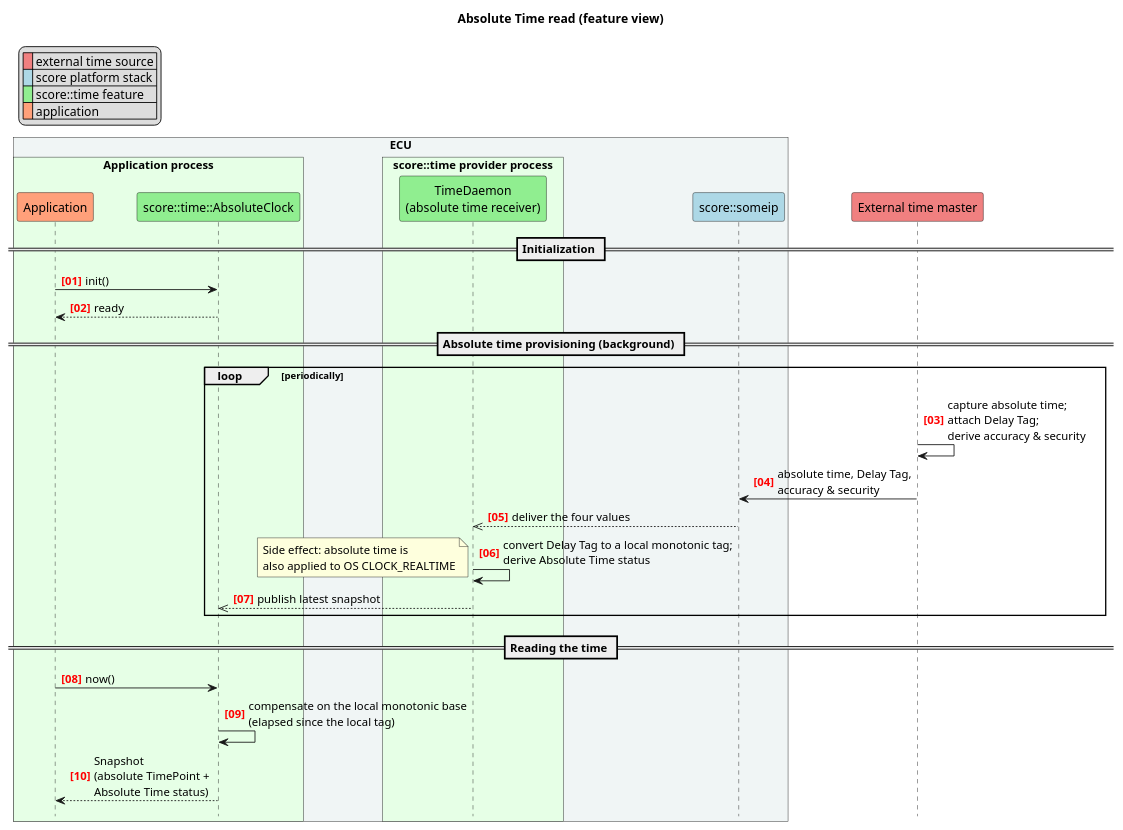
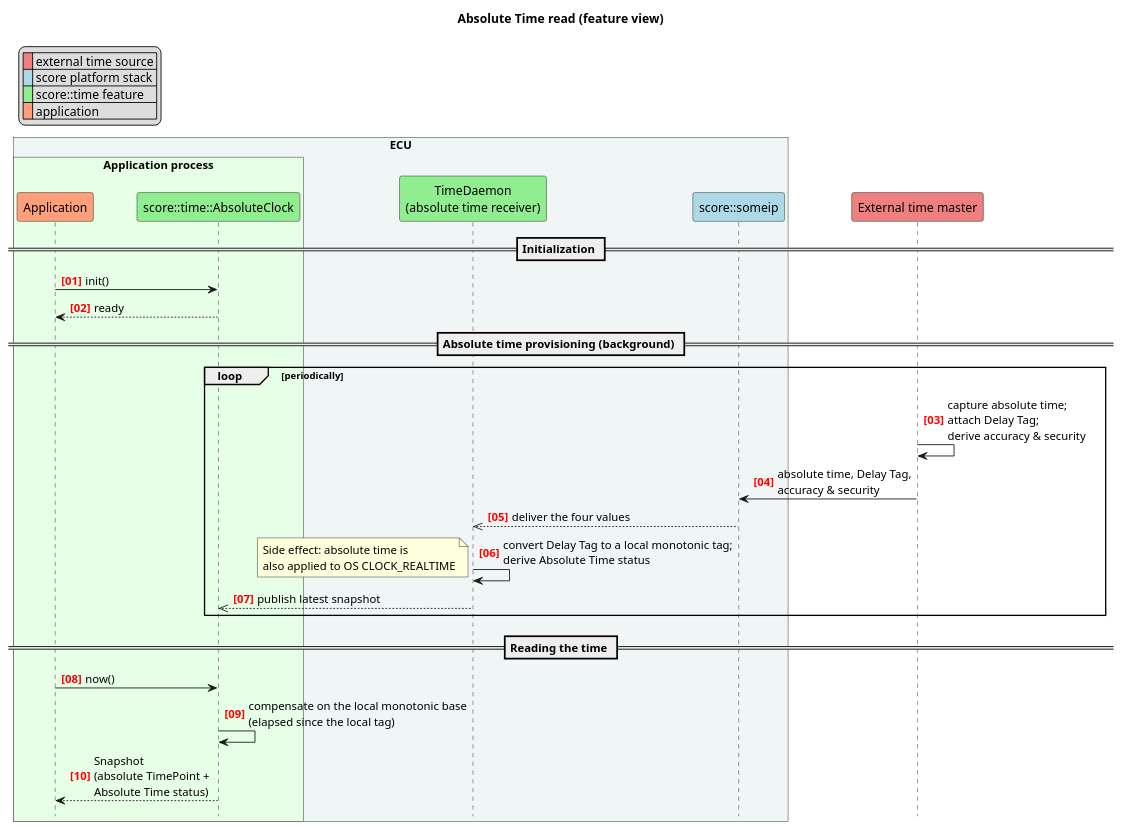
The diagram in docs/features/architecture/_assets/absolute_time_read_flow.puml (eclipse-score/time), drawn with PlantUML before and after one commit. The commit also changed 5 other files, not shown here.

```diff
--- a/docs/features/architecture/_assets/absolute_time_read_flow.puml
+++ b/docs/features/architecture/_assets/absolute_time_read_flow.puml
@@ -14,51 +14,49 @@
 @startuml
 
 hide footbox
 
 autonumber "<font color=red><b>[00]"
 
 title Absolute Time read (feature view)
 
 legend top left
 | <#LightCoral>  | external time source |
 | <#LightBlue>   | score platform stack |
 | <#LightGreen>  | score::time feature  |
 | <#LightSalmon> | application          |
 endlegend
 
 !pragma teoz true
 box "ECU" #f0f5f5
   box "Application process" #e6ffe6
     participant "Application"                   as app    #LightSalmon
     participant "score::time::AbsoluteClock" as ac     #LightGreen
   end box
-  box "score::time provider process" #e6ffe6
-    participant "TimeDaemon\n(absolute time receiver)" as recv   #LightGreen
-  end box
+  participant "TimeDaemon\n(absolute time receiver)" as recv   #LightGreen
   participant "score::someip" as someip #LightBlue
 end box
 participant "External time master" as master #LightCoral
 
 == Initialization ==
 app -> ac : init()
 ac --> app : ready
 
 == Absolute time provisioning (background) ==
 loop periodically
   master -> master : capture absolute time;\nattach Delay Tag;\nderive accuracy & security
   master -> someip : absolute time, Delay Tag,\naccuracy & security
   someip -->> recv : deliver the four values
   recv -> recv : convert Delay Tag to a local monotonic tag;\nderive Absolute Time status
   note left
     Side effect: absolute time is
     also applied to OS CLOCK_REALTIME
   end note
   recv -->> ac : publish latest snapshot
 end
 
 == Reading the time ==
 app -> ac : now()
 ac -> ac : compensate on the local monotonic base\n(elapsed since the local tag)
 ac --> app : Snapshot\n(absolute TimePoint + \nAbsolute Time status)
 
 @enduml
```
